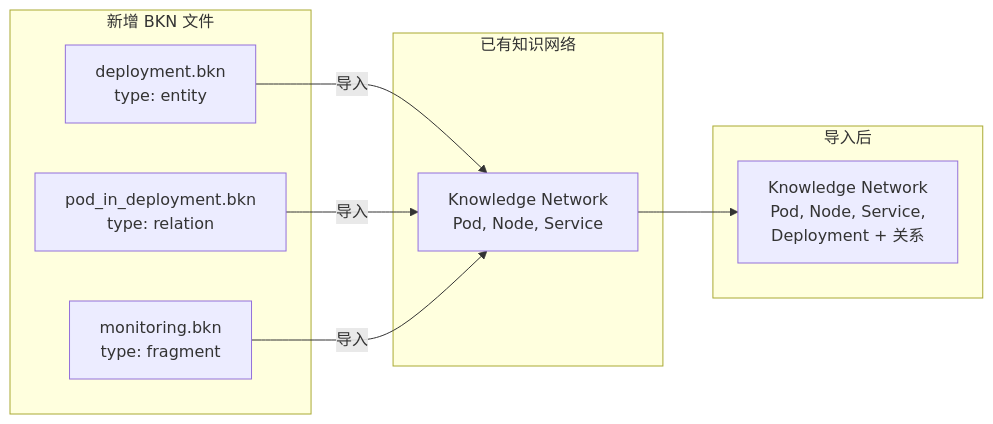
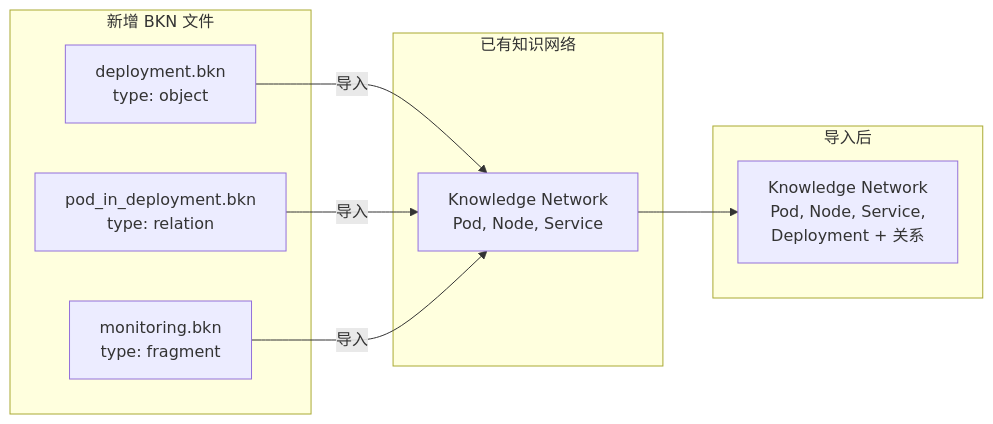
One commit to hhthxt/bkn-specification changed the sixth of 6 diagrams in docs/ARCHITECTURE.md. Above: the diagram before and after it, drawn with Mermaid. The commit also changed other lines of this file and 73 other files, not shown here.

First line of the commit message:
Refactor BKN terminology from "Entity" to "Object" across documentation and codebase

````diff
--- a/docs/ARCHITECTURE.md
+++ b/docs/ARCHITECTURE.md
@@ -254,22 +254,22 @@
 ```mermaid
 flowchart LR
     subgraph Existing["已有知识网络"]
         KN["Knowledge Network<br/>Pod, Node, Service"]
     end
     
     subgraph NewFiles["新增 BKN 文件"]
-        NewEntity["deployment.bkn<br/>type: entity"]
+        NewObject["deployment.bkn<br/>type: object"]
         NewRelation["pod_in_deployment.bkn<br/>type: relation"]
         Fragment["monitoring.bkn<br/>type: fragment"]
     end
     
-    NewEntity -->|导入| KN
+    NewObject -->|导入| KN
     NewRelation -->|导入| KN
     Fragment -->|导入| KN
     
     subgraph Result["导入后"]
         KN2["Knowledge Network<br/>Pod, Node, Service,<br/>Deployment + 关系"]
     end
     
     KN --> KN2
 ```
````
